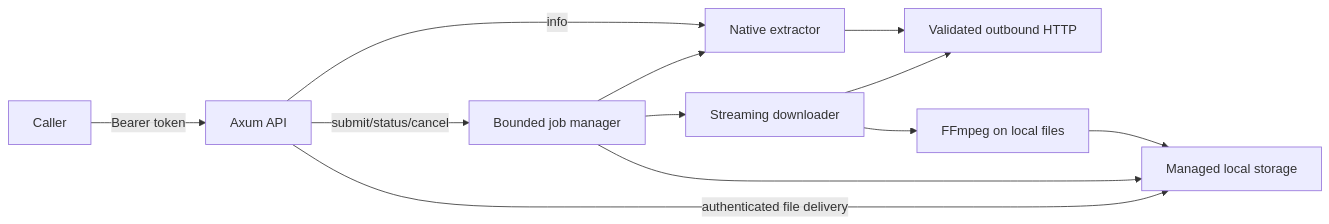
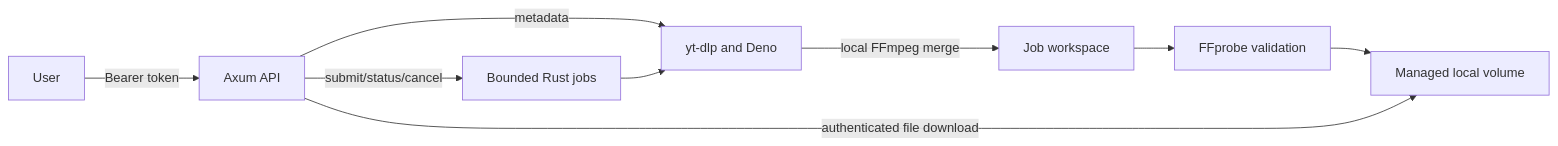
The diagram in docs/architecture.md (darkweb19/youtube-extractor-rs), drawn with Mermaid before and after one commit. The commit also changed other lines of this file, not shown here.

Commit message:
docs(architecture): show managed extraction as subprocess behind Rust job control

````diff
--- a/docs/architecture.md
+++ b/docs/architecture.md
@@ -68,14 +74,11 @@
 ```mermaid
 flowchart LR
-  Caller -->|Bearer token| API[Axum API]
-  API -->|info| Extractor[Native extractor]
-  API -->|submit/status/cancel| Jobs[Bounded job manager]
-  Jobs --> Extractor
-  Jobs --> Download[Streaming downloader]
-  Extractor --> Network[Validated outbound HTTP]
-  Download --> Network
-  Download --> Media[FFmpeg on local files]
-  Media --> Storage[Managed local storage]
-  Jobs --> Storage
-  API -->|authenticated file delivery| Storage
+  User -->|Bearer token| API[Axum API]
+  API -->|metadata| YTDLP[yt-dlp and Deno]
+  API -->|submit/status/cancel| Jobs[Bounded Rust jobs]
+  Jobs --> YTDLP
+  YTDLP -->|local FFmpeg merge| Files[Job workspace]
+  Files --> Probe[FFprobe validation]
+  Probe --> Storage[Managed local volume]
+  API -->|authenticated file download| Storage
 ```
````
